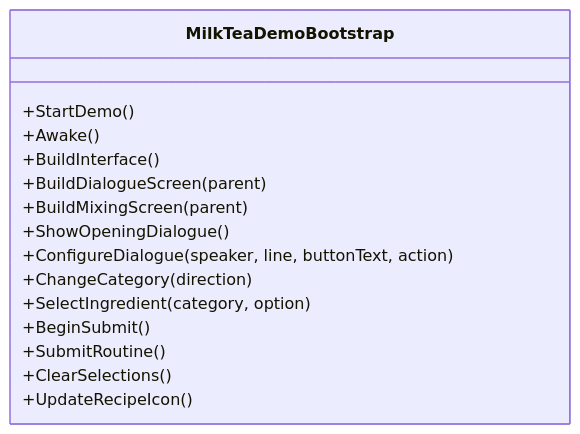
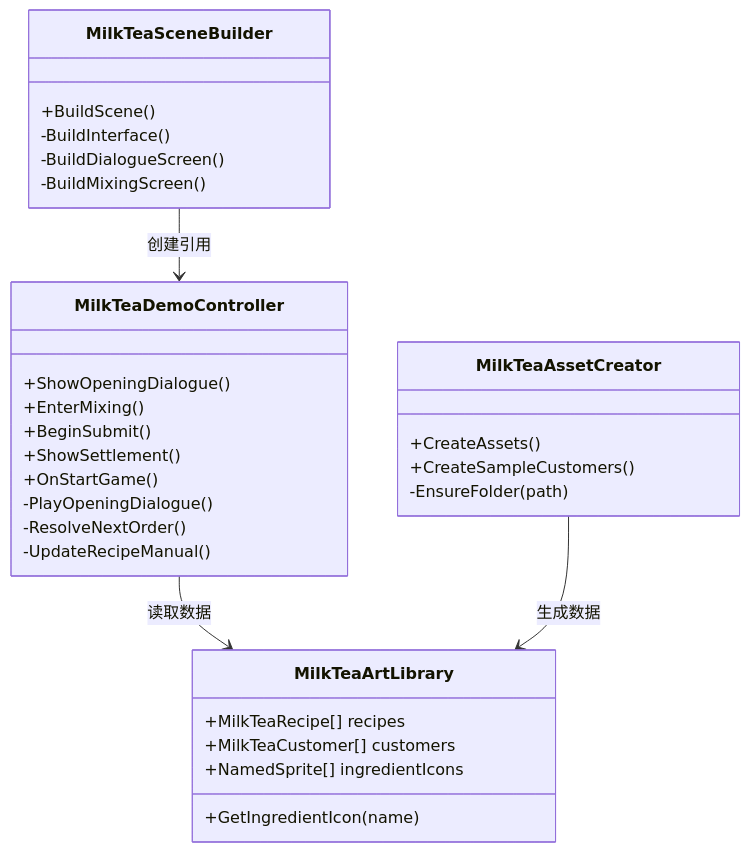
The second of 6 diagrams in .qoder/repowiki/zh/content/项目概述.md (Thanatos42/-demo), drawn with Mermaid before and after one commit. The commit also changed other lines of this file and 16 other files, not shown here.

````diff
--- a/.qoder/repowiki/zh/content/项目概述.md
+++ b/.qoder/repowiki/zh/content/项目概述.md
@@ -85,18 +100,33 @@
 ```mermaid
 classDiagram
-class MilkTeaDemoBootstrap {
-+StartDemo()
-+Awake()
-+BuildInterface()
-+BuildDialogueScreen(parent)
-+BuildMixingScreen(parent)
+class MilkTeaDemoController {
 +ShowOpeningDialogue()
-+ConfigureDialogue(speaker, line, buttonText, action)
-+ChangeCategory(direction)
-+SelectIngredient(category, option)
++EnterMixing()
 +BeginSubmit()
-+SubmitRoutine()
-+ClearSelections()
-+UpdateRecipeIcon()
++ShowSettlement()
++OnStartGame()
+-PlayOpeningDialogue()
+-ResolveNextOrder()
+-UpdateRecipeManual()
 }
+class MilkTeaArtLibrary {
++MilkTeaRecipe[] recipes
++MilkTeaCustomer[] customers
++NamedSprite[] ingredientIcons
++GetIngredientIcon(name)
+}
+class MilkTeaSceneBuilder {
++BuildScene()
+-BuildInterface()
+-BuildDialogueScreen()
+-BuildMixingScreen()
+}
+class MilkTeaAssetCreator {
++CreateAssets()
++CreateSampleCustomers()
+-EnsureFolder(path)
+}
+MilkTeaDemoController --> MilkTeaArtLibrary : 读取数据
+MilkTeaSceneBuilder --> MilkTeaDemoController : 创建引用
+MilkTeaAssetCreator --> MilkTeaArtLibrary : 生成数据
 ```
````
